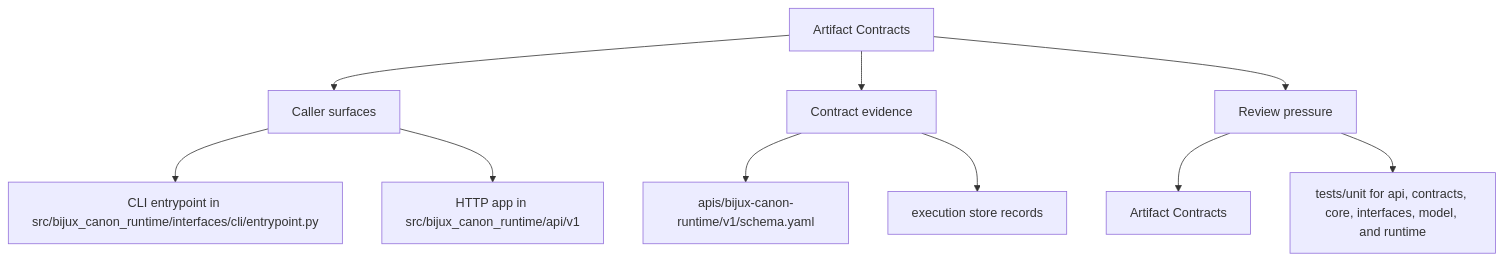
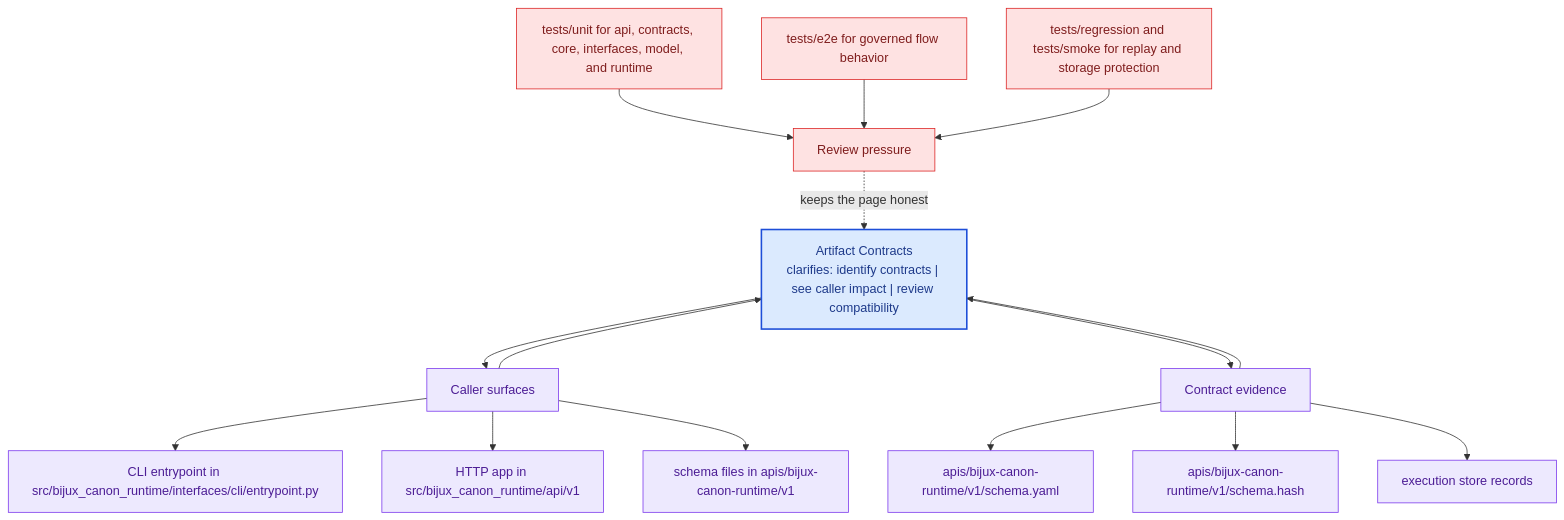
One commit to bijux/bijux-canon changed the second of 2 diagrams in docs/bijux-canon-runtime/interfaces/artifact-contracts.md. Above: the diagram before and after it, drawn with Mermaid. The commit also changed other lines of this file and 281 other files, not shown here.

Commit message:
docs(diagrams): deepen handbook mermaid maps across the catalog

````diff
--- a/docs/bijux-canon-runtime/interfaces/artifact-contracts.md
+++ b/docs/bijux-canon-runtime/interfaces/artifact-contracts.md
@@ -35,22 +68,41 @@
 ```mermaid
-flowchart TD
-    page["Artifact Contracts"]
+flowchart TB
+    promise["Artifact Contracts<br/>clarifies: identify contracts | see caller impact | review compatibility"]
+    classDef promise fill:#dbeafe,stroke:#1d4ed8,color:#1e3a8a,stroke-width:2px;
+    classDef driver fill:#dcfce7,stroke:#16a34a,color:#14532d;
+    classDef constraint fill:#fee2e2,stroke:#dc2626,color:#7f1d1d;
+    classDef ground fill:#ede9fe,stroke:#7c3aed,color:#4c1d95;
     focus1["Caller surfaces"]
-    page --> focus1
+    focus1 --> promise
+    promise --> focus1
     focus1_1["CLI entrypoint in src/bijux_canon_runtime/interfaces/cli/entrypoint.py"]
     focus1 --> focus1_1
     focus1_2["HTTP app in src/bijux_canon_runtime/api/v1"]
     focus1 --> focus1_2
+    focus1_3["schema files in apis/bijux-canon-runtime/v1"]
+    focus1 --> focus1_3
+    class focus1 ground;
+    class focus1_1,focus1_2,focus1_3 ground;
     focus2["Contract evidence"]
-    page --> focus2
+    focus2 --> promise
+    promise --> focus2
     focus2_1["apis/bijux-canon-runtime/v1/schema.yaml"]
     focus2 --> focus2_1
-    focus2_2["execution store records"]
+    focus2_2["apis/bijux-canon-runtime/v1/schema.hash"]
     focus2 --> focus2_2
+    focus2_3["execution store records"]
+    focus2 --> focus2_3
+    class focus2 ground;
+    class focus2_1,focus2_2,focus2_3 ground;
     focus3["Review pressure"]
-    page --> focus3
-    focus3_1["Artifact Contracts"]
-    focus3 --> focus3_1
-    focus3_2["tests/unit for api, contracts, core, interfaces, model, and runtime"]
-    focus3 --> focus3_2
+    focus3 -.keeps the page honest.-> promise
+    focus3_1["tests/unit for api, contracts, core, interfaces, model, and runtime"]
+    focus3_1 --> focus3
+    focus3_2["tests/e2e for governed flow behavior"]
+    focus3_2 --> focus3
+    focus3_3["tests/regression and tests/smoke for replay and storage protection"]
+    focus3_3 --> focus3
+    class focus3 constraint;
+    class focus3_1,focus3_2,focus3_3 constraint;
+    class promise promise;
 ```
````
